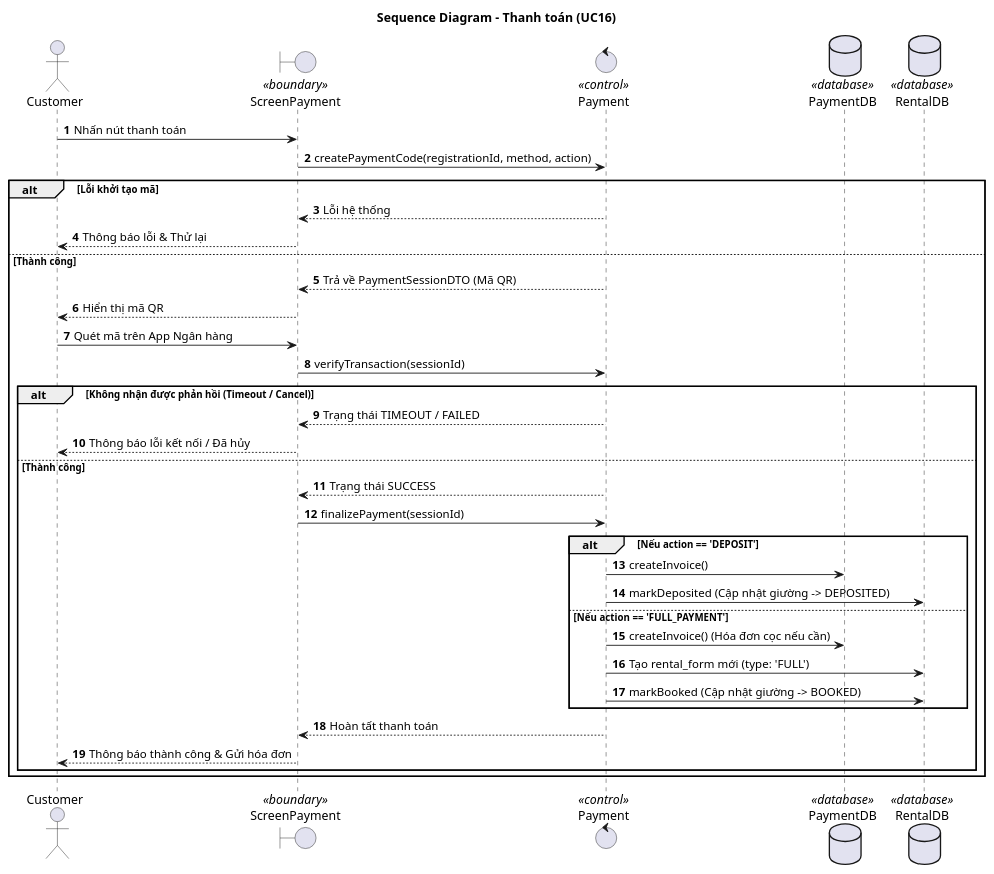
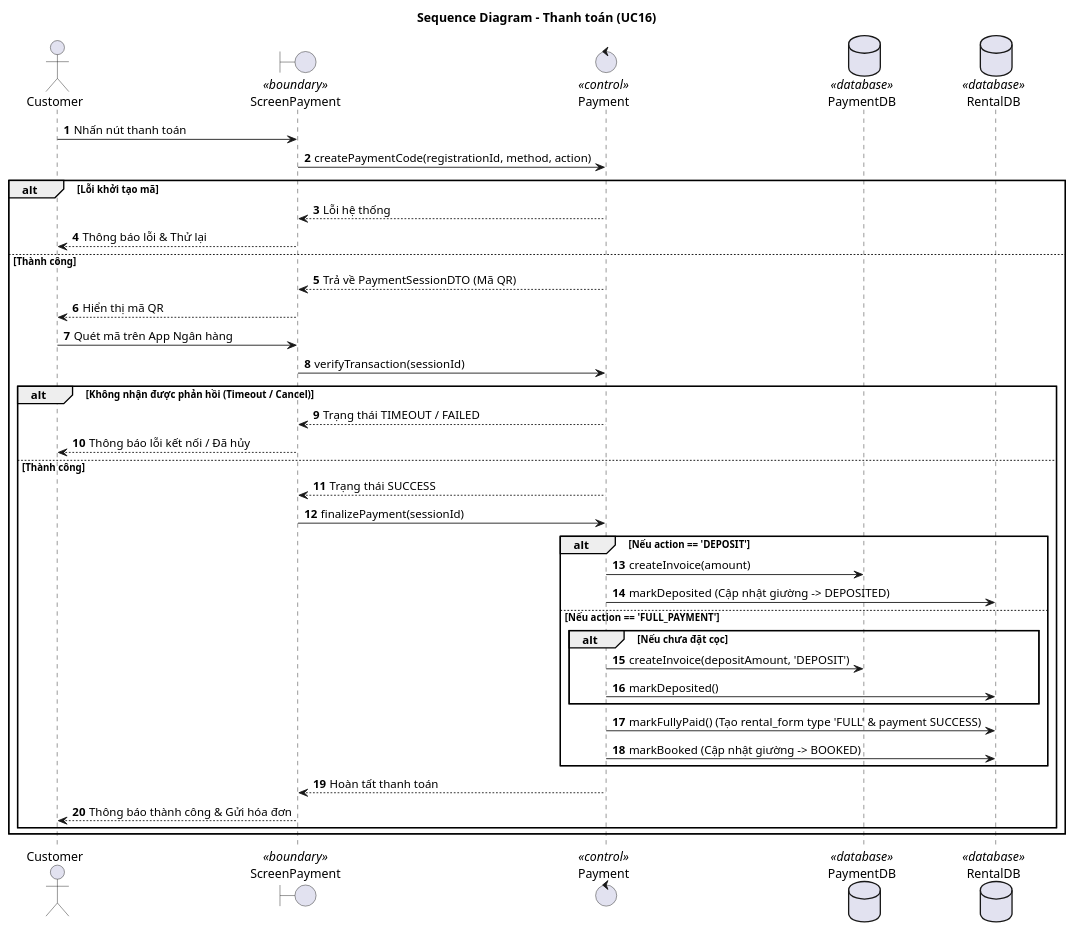
The diagram in doc/system/thanh_toan/ThanhToan_SequenceDiagram.wsd (Gnourt812005/HCMUS-Analyze-and-desgin-IS), drawn with PlantUML before and after one commit.

Commit message:
bao/system usecase: fix sequence thanh toán

```diff
--- a/doc/system/thanh_toan/ThanhToan_SequenceDiagram.wsd
+++ b/doc/system/thanh_toan/ThanhToan_SequenceDiagram.wsd
@@ -1,48 +1,51 @@
 @startuml ThanhToan_SequenceDiagram
 
 title Sequence Diagram - Thanh toán (UC16)
 
 autonumber
 
 actor "Customer" as Actor
 boundary "ScreenPayment" as GUI <<boundary>>
 control "Payment" as BUS <<control>>
 database "PaymentDB" as DB <<database>>
 database "RentalDB" as RDB <<database>>
 
 Actor -> GUI : Nhấn nút thanh toán
 GUI -> BUS : createPaymentCode(registrationId, method, action)
 
 alt Lỗi khởi tạo mã
     BUS --> GUI : Lỗi hệ thống
     GUI --> Actor : Thông báo lỗi & Thử lại
 else Thành công
     BUS --> GUI : Trả về PaymentSessionDTO (Mã QR)
     GUI --> Actor : Hiển thị mã QR
     
     Actor -> GUI : Quét mã trên App Ngân hàng
     GUI -> BUS : verifyTransaction(sessionId)
     
     alt Không nhận được phản hồi (Timeout / Cancel)
         BUS --> GUI : Trạng thái TIMEOUT / FAILED
         GUI --> Actor : Thông báo lỗi kết nối / Đã hủy
     else Thành công
         BUS --> GUI : Trạng thái SUCCESS
         
         GUI -> BUS : finalizePayment(sessionId)
         
         alt Nếu action == 'DEPOSIT'
-            BUS -> DB : createInvoice()
+            BUS -> DB : createInvoice(amount)
             BUS -> RDB : markDeposited (Cập nhật giường -> DEPOSITED)
         else Nếu action == 'FULL_PAYMENT'
-            BUS -> DB : createInvoice() (Hóa đơn cọc nếu cần)
-            BUS -> RDB : Tạo rental_form mới (type: 'FULL')
+            alt Nếu chưa đặt cọc
+                BUS -> DB : createInvoice(depositAmount, 'DEPOSIT')
+                BUS -> RDB : markDeposited()
+            end
+            BUS -> RDB : markFullyPaid() (Tạo rental_form type 'FULL' & payment SUCCESS)
             BUS -> RDB : markBooked (Cập nhật giường -> BOOKED)
         end
         
         BUS --> GUI : Hoàn tất thanh toán
         GUI --> Actor : Thông báo thành công & Gửi hóa đơn
     end
 end
 
 @enduml
```
